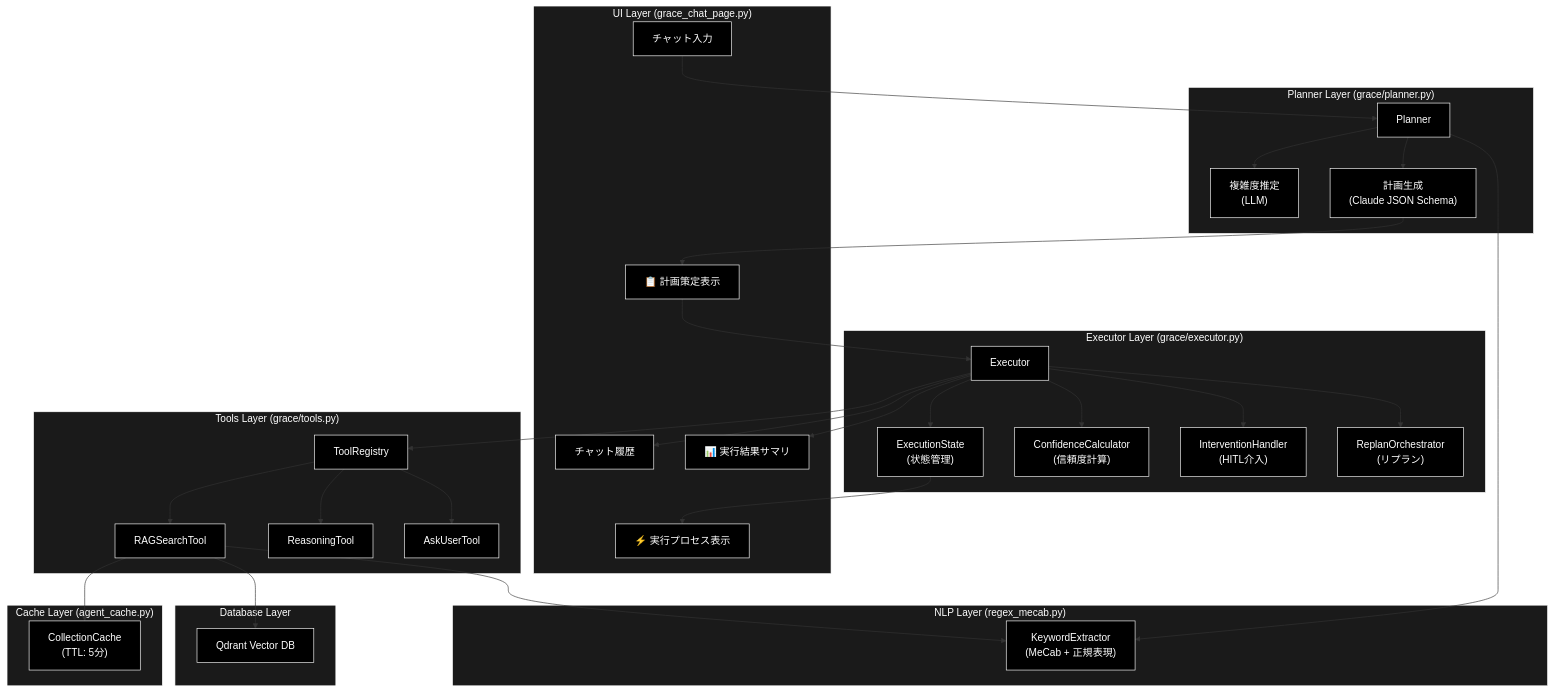
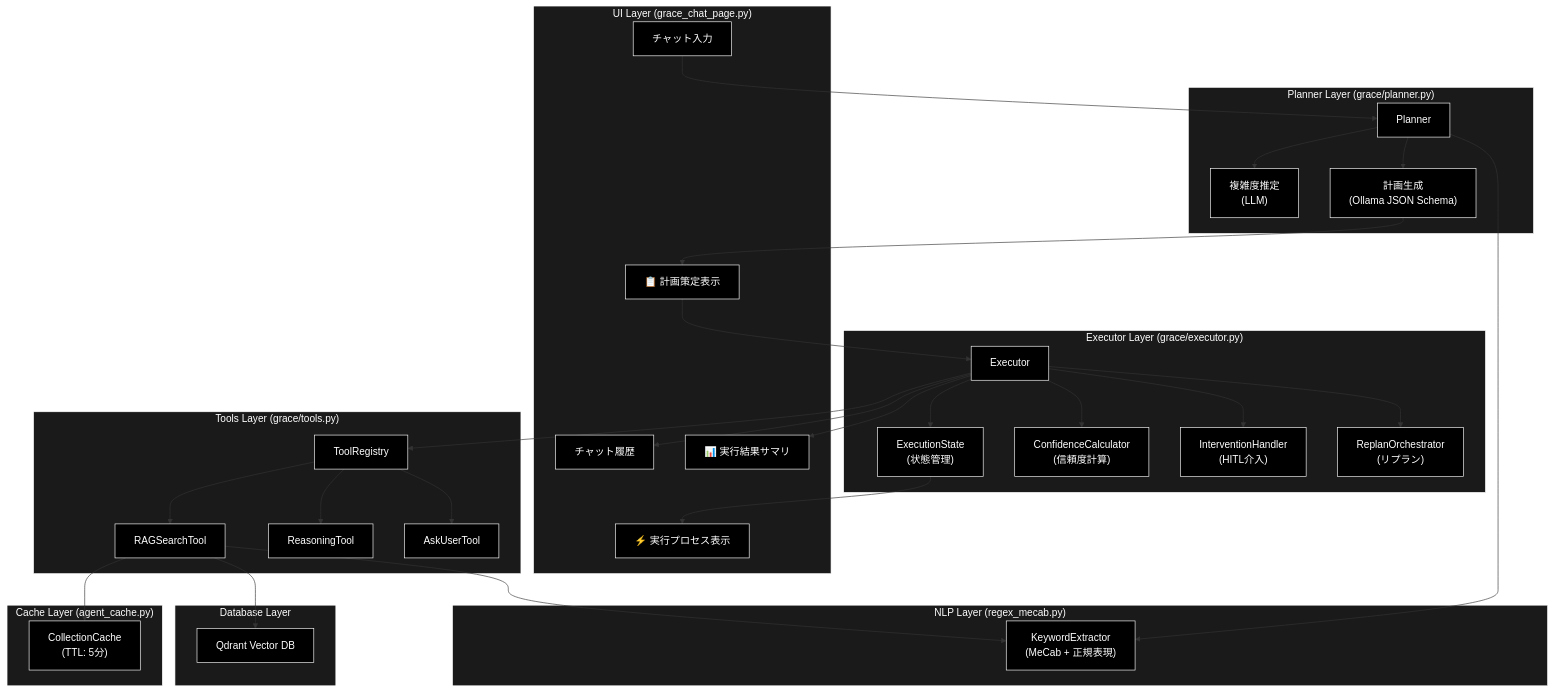
Before and after one commit to nakashima2toshio/ollama_grace_agent_v2: the first of 13 diagrams in README.md, drawn with Mermaid. The commit also changed other lines of this file and 5 other files, not shown here.

````diff
--- a/README.md
+++ b/README.md
@@ -311,74 +311,74 @@
 ```mermaid
 flowchart TB
     subgraph UI["UI Layer (grace_chat_page.py)"]
         ChatInput["チャット入力"]
         ChatHistory["チャット履歴"]
         PlanView["📋 計画策定表示"]
         ExecView["⚡ 実行プロセス表示"]
         ResultView["📊 実行結果サマリ"]
     end
 
     subgraph Planner_Layer["Planner Layer (grace/planner.py)"]
         Planner["Planner"]
         ComplexityEstimator["複雑度推定<br/>(LLM)"]
-        PlanGeneration["計画生成<br/>(Claude JSON Schema)"]
+        PlanGeneration["計画生成<br/>(Ollama JSON Schema)"]
     end
 
     subgraph Executor_Layer["Executor Layer (grace/executor.py)"]
         Executor["Executor"]
         StateManager["ExecutionState<br/>(状態管理)"]
         ConfCalc["ConfidenceCalculator<br/>(信頼度計算)"]
         IntHandler["InterventionHandler<br/>(HITL介入)"]
         ReplanOrch["ReplanOrchestrator<br/>(リプラン)"]
     end
 
     subgraph Tools["Tools Layer (grace/tools.py)"]
         ToolRegistry["ToolRegistry"]
         RAGSearch["RAGSearchTool"]
         Reasoning["ReasoningTool"]
         AskUser["AskUserTool"]
     end
 
     subgraph Cache["Cache Layer (agent_cache.py)"]
         CollectionCache["CollectionCache<br/>(TTL: 5分)"]
     end
 
     subgraph NLP["NLP Layer (regex_mecab.py)"]
         KeywordExtractor["KeywordExtractor<br/>(MeCab + 正規表現)"]
     end
 
     subgraph DB["Database Layer"]
         Qdrant["Qdrant Vector DB"]
     end
 
     ChatInput --> Planner
     Planner --> ComplexityEstimator
     Planner --> PlanGeneration
     PlanGeneration --> PlanView
     PlanView --> Executor
     Executor --> StateManager
     Executor --> ConfCalc
     Executor --> IntHandler
     Executor --> ReplanOrch
     Executor --> ToolRegistry
     ToolRegistry --> RAGSearch
     ToolRegistry --> Reasoning
     ToolRegistry --> AskUser
     RAGSearch --> CollectionCache
     RAGSearch --> Qdrant
     Planner --> KeywordExtractor
     RAGSearch --> KeywordExtractor
     StateManager --> ExecView
     Executor --> ResultView
     Executor --> ChatHistory
 classDef default fill:#000,stroke:#fff,color:#fff
 classDef subgraphStyle fill:#1a1a1a,stroke:#fff,color:#fff
 class ChatInput,ChatHistory,PlanView,ExecView,ResultView,Planner,ComplexityEstimator,PlanGeneration,Executor,StateManager,ConfCalc,IntHandler,ReplanOrch,ToolRegistry,RAGSearch,Reasoning,AskUser,CollectionCache,KeywordExtractor,Qdrant default
 style UI fill:#1a1a1a,stroke:#fff,color:#fff
 style Planner_Layer fill:#1a1a1a,stroke:#fff,color:#fff
 style Executor_Layer fill:#1a1a1a,stroke:#fff,color:#fff
 style Tools fill:#1a1a1a,stroke:#fff,color:#fff
 style Cache fill:#1a1a1a,stroke:#fff,color:#fff
 style NLP fill:#1a1a1a,stroke:#fff,color:#fff
 style DB fill:#1a1a1a,stroke:#fff,color:#fff
 ```
````
